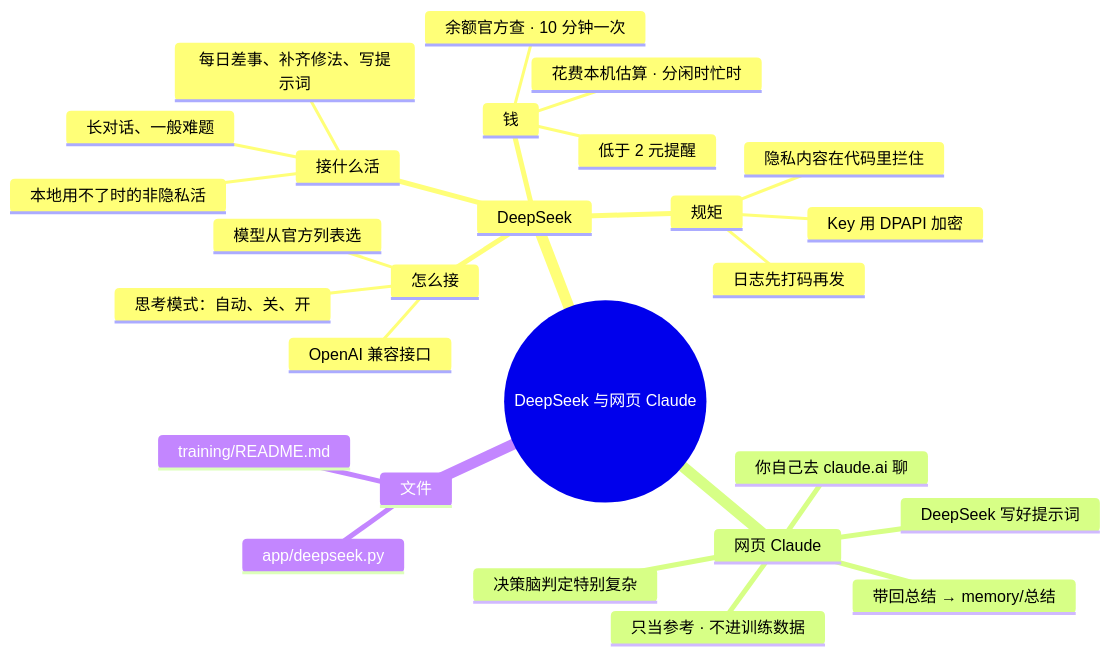
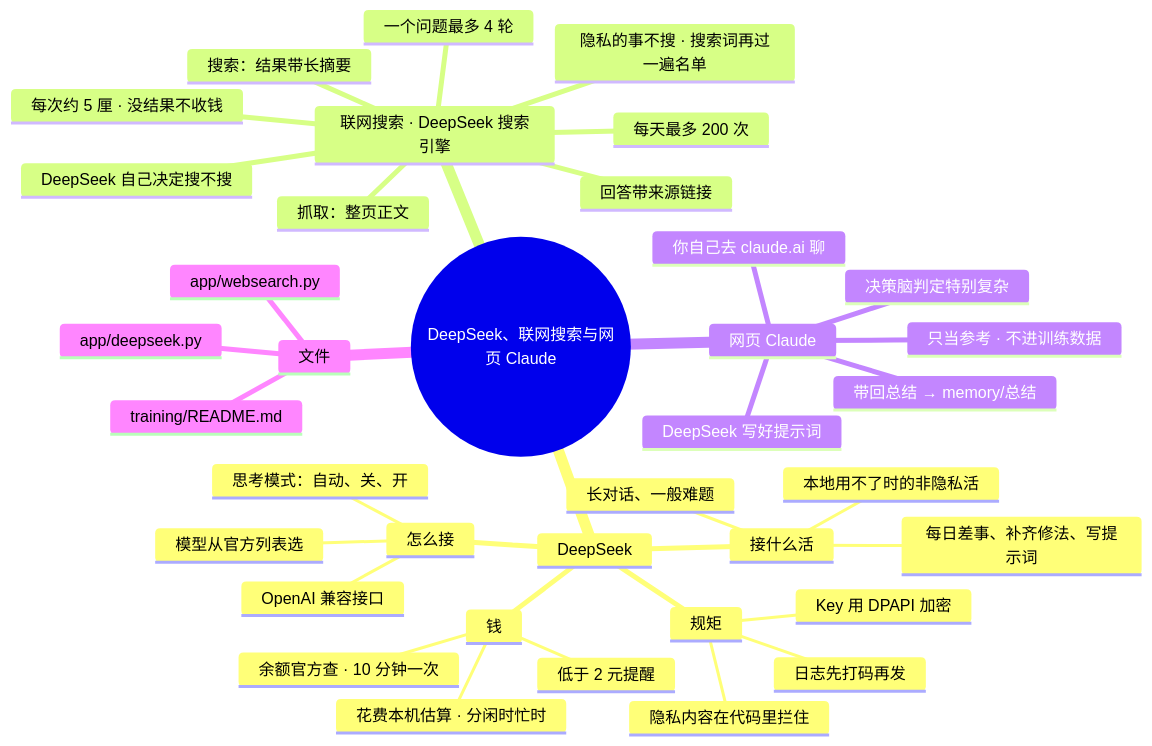
Before and after one commit to lql-076/Experiment-Agent-One: the diagram in docs/AI文档/架构/03-DeepSeek与网页Claude.md, drawn with Mermaid. The commit also changed other lines of this file and 26 other files, not shown here.

First line of the commit message:
v1.6.0：联网搜索（DeepSeek 搜索引擎）；问到它自己时先查说明书

````diff
--- a/docs/AI文档/架构/03-DeepSeek与网页Claude.md
+++ b/docs/AI文档/架构/03-DeepSeek与网页Claude.md
@@ -9,31 +9,41 @@
 ```mermaid
 mindmap
-  root((DeepSeek 与网页 Claude))
+  root((DeepSeek、联网搜索与网页 Claude))
     DeepSeek
     :::svc-ds
       接什么活
         长对话、一般难题
         本地用不了时的非隐私活
         每日差事、补齐修法、写提示词
       怎么接
         OpenAI 兼容接口
         思考模式：自动、关、开
         模型从官方列表选
       钱
         余额官方查 · 10 分钟一次
         低于 2 元提醒
         花费本机估算 · 分闲时忙时
       规矩
         隐私内容在代码里拦住
         Key 用 DPAPI 加密
         日志先打码再发
+    联网搜索 · DeepSeek 搜索引擎
+      DeepSeek 自己决定搜不搜
+      搜索：结果带长摘要
+      抓取：整页正文
+      一个问题最多 4 轮
+      每天最多 200 次
+      每次约 5 厘 · 没结果不收钱
+      隐私的事不搜 · 搜索词再过一遍名单
+      回答带来源链接
     网页 Claude
       决策脑判定特别复杂
       DeepSeek 写好提示词
       你自己去 claude.ai 聊
       带回总结 → memory/总结
       只当参考 · 不进训练数据
     文件
       app/deepseek.py
+      app/websearch.py
       training/README.md
 ```
````
